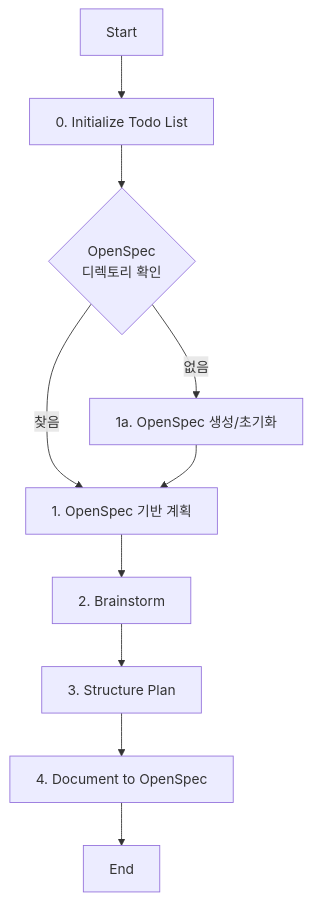
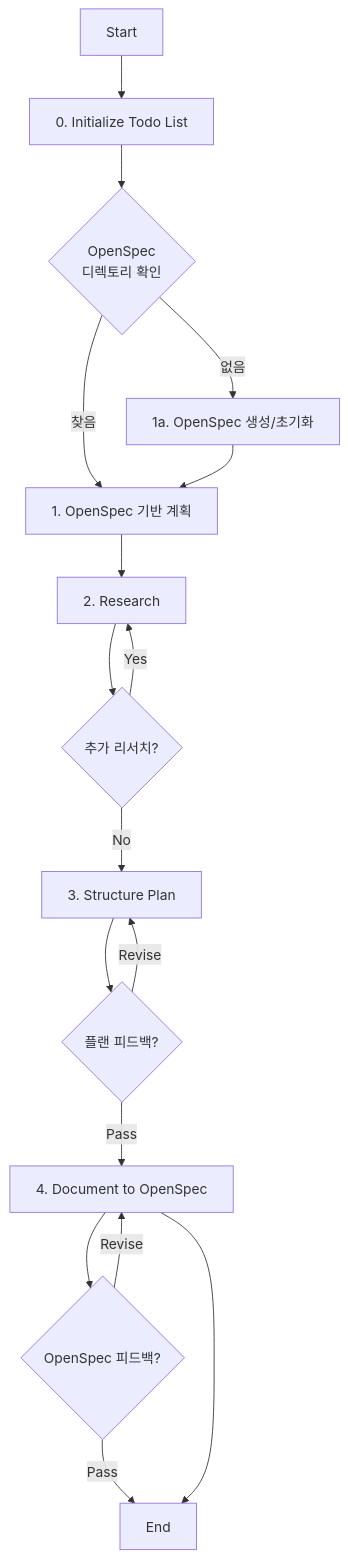
One commit to ksm0709/dotfiles changed the diagram in opencode/config/agent/plan.md. Above: the diagram before and after it, drawn with Mermaid. The commit also changed other lines of this file and 1 other file, not shown here.

Commit message:
feat: restructure OpenSpec planning workflow with research loop

````diff
--- a/opencode/config/agent/plan.md
+++ b/opencode/config/agent/plan.md
@@ -43,12 +43,19 @@
 ```mermaid
 graph TD
     Start[Start] --> Init[0. Initialize Todo List]
     Init --> CheckOpenSpec{OpenSpec<br/>디렉토리 확인}
     CheckOpenSpec --> |찾음| PlanWithOpenSpec[1. OpenSpec 기반 계획]
     CheckOpenSpec --> |없음| CreateOpenSpec[1a. OpenSpec 생성/초기화]
     CreateOpenSpec --> PlanWithOpenSpec
-    PlanWithOpenSpec --> Brainstorm[2. Brainstorm]
-    Brainstorm --> Structure[3. Structure Plan]
-    Structure --> Document[4. Document to OpenSpec]
+    PlanWithOpenSpec --> Research[2. Research]
+    Research --> ResearchGate{추가 리서치?}
+    ResearchGate -- Yes --> Research
+    ResearchGate -- No --> Structure[3. Structure Plan]
+    Structure --> PlanGate{플랜 피드백?}
+    PlanGate -- Revise --> Structure
+    PlanGate -- Pass --> Document[4. Document to OpenSpec]
+    Document --> SpecGate{OpenSpec 피드백?}
+    SpecGate -- Revise --> Document
+    SpecGate -- Pass --> End[End]
     Document --> End[End]
 ```
````
